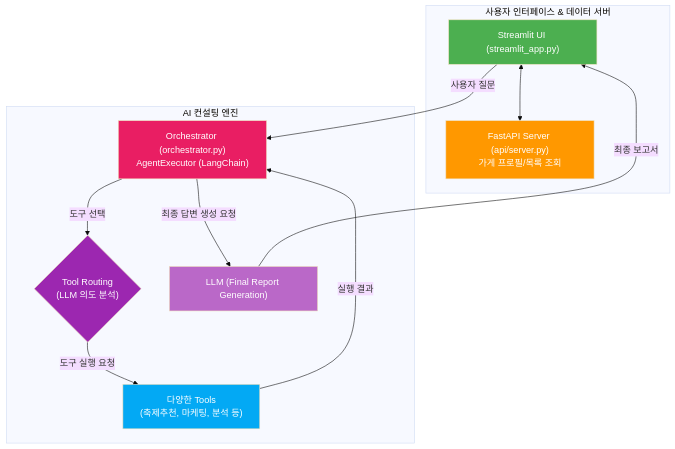
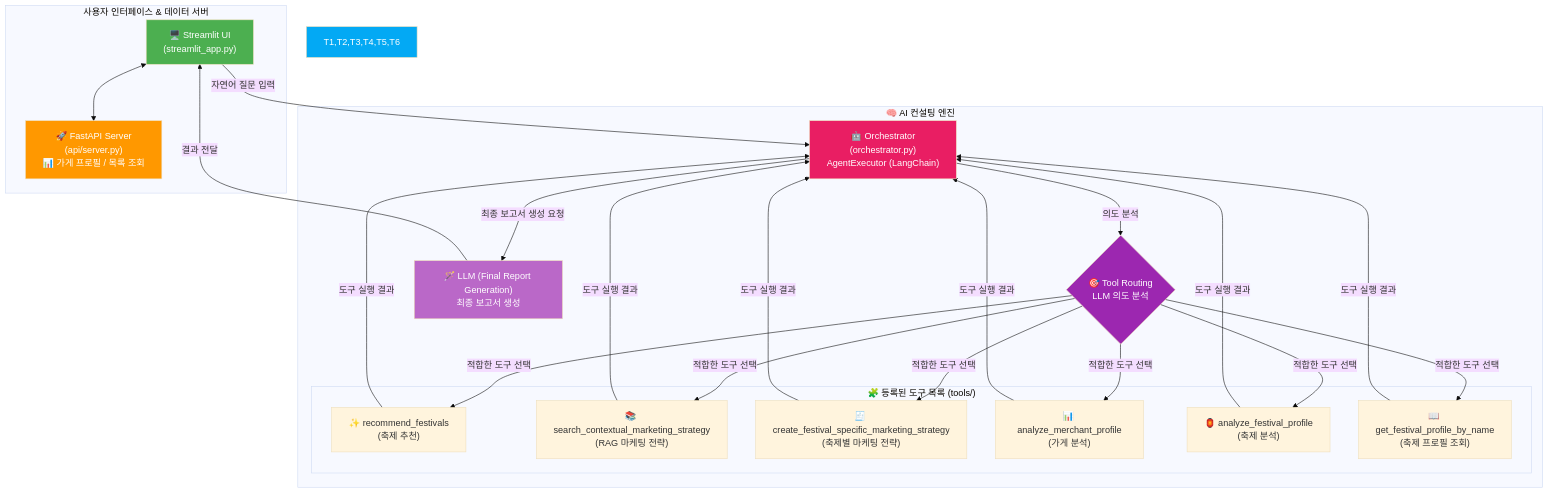
One commit to Synapse-Bigcontest/2025_bigcontest changed the first of 4 diagrams in README.md. Above: the diagram before and after it, drawn with Mermaid (base theme). The commit also changed other lines of this file, not shown here.

````diff
--- a/README.md
+++ b/README.md
@@ -84,28 +84,39 @@
 ```mermaid
 graph TD
+
+    %% --- 사용자 & 서버 ---
     subgraph "사용자 인터페이스 & 데이터 서버"
-        A["Streamlit UI (streamlit_app.py)"] <--> B["FastAPI Server (api/server.py)\n가게 프로필/목록 조회"]
+        A["🖥️ Streamlit UI<br>(streamlit_app.py)"] <--> B["🚀 FastAPI Server<br>(api/server.py)<br>📊 가게 프로필 / 목록 조회"]
     end
 
-    subgraph "AI 컨설팅 엔진"
-        C["Orchestrator (orchestrator.py)\nAgentExecutor (LangChain)"]
-        D{"Tool Routing\n(LLM 의도 분석)"}
-        T["다양한 Tools\n(축제추천, 마케팅, 분석 등)"]
-        LLM_Final["LLM (Final Report Generation)"]
+    %% --- AI 컨설팅 엔진 ---
+    subgraph "🧠 AI 컨설팅 엔진"
+        C["🤖 Orchestrator<br>(orchestrator.py)<br>AgentExecutor (LangChain)"]
+        D{"🎯 Tool Routing<br>LLM 의도 분석"}
+        
+        subgraph "🧩 등록된 도구 목록 (tools/)"
+            T1["✨ recommend_festivals<br>(축제 추천)"]
+            T2["📚 search_contextual_marketing_strategy<br>(RAG 마케팅 전략)"]
+            T3["🧾 create_festival_specific_marketing_strategy<br>(축제별 마케팅 전략)"]
+            T4["📊 analyze_merchant_profile<br>(가게 분석)"]
+            T5["🏮 analyze_festival_profile<br>(축제 분석)"]
+            T6["📖 get_festival_profile_by_name<br>(축제 프로필 조회)"]
+        end
+        
+        LLM_Final["🪄 LLM (Final Report Generation)<br>최종 보고서 생성"]
     end
 
-    A -- 사용자 질문 --> C
-    C -- 도구 선택 --> D
-    D -- 도구 실행 요청 --> T
-    T -- 실행 결과 --> C
-    C -- 최종 답변 생성 요청 --> LLM_Final
-    LLM_Final -- 최종 보고서 --> A
+    A -- "자연어 질문 입력" --> C
+    C -- "의도 분석" --> D
+    D -- "적합한 도구 선택" --> T1 & T2 & T3 & T4 & T5 & T6
+    T1 & T2 & T3 & T4 & T5 & T6 -- "도구 실행 결과" --> C
+    C -- "최종 보고서 생성 요청" --> LLM_Final
+    LLM_Final -- "결과 전달" --> A
 
-    %% Styling
     style A fill:#4CAF50,color:#fff
     style B fill:#FF9800,color:#fff
     style C fill:#E91E63,color:#fff
     style D fill:#9C27B0,color:#fff
-    style T fill:#03A9F4,color:#fff
+    style T1,T2,T3,T4,T5,T6 fill:#03A9F4,color:#fff
     style LLM_Final fill:#BA68C8,color:#fff
 ```
````
